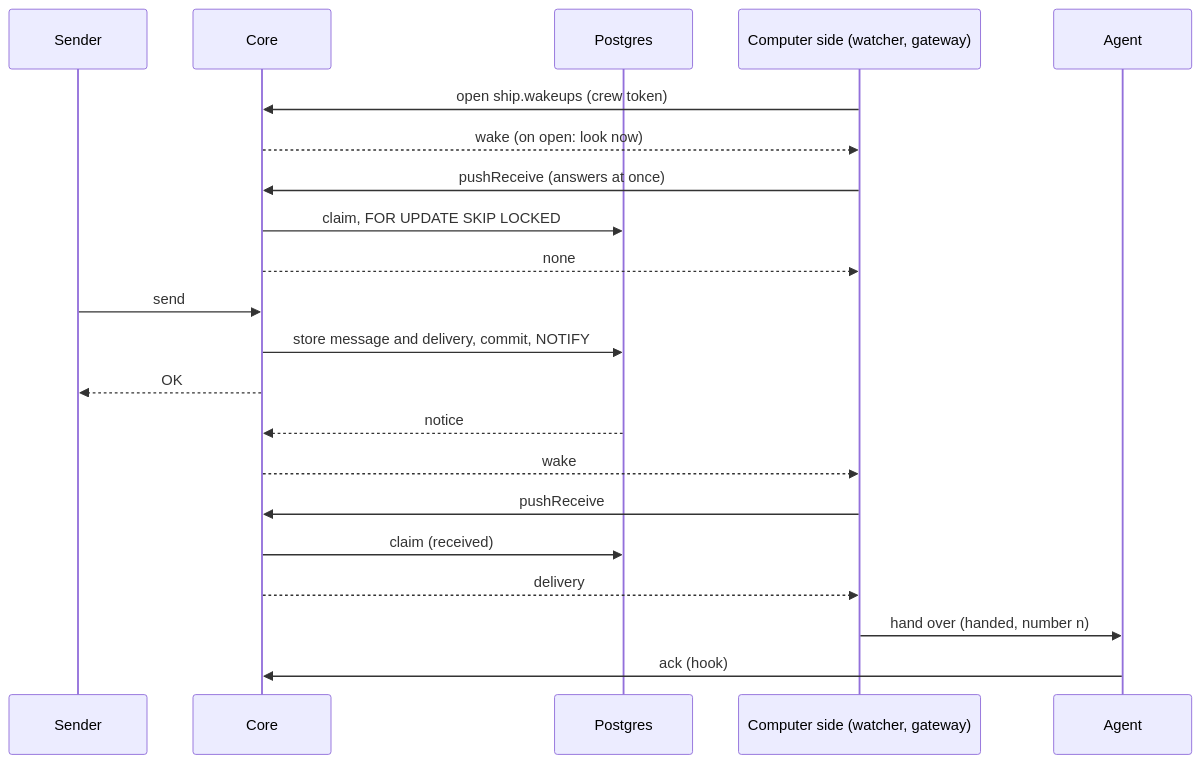
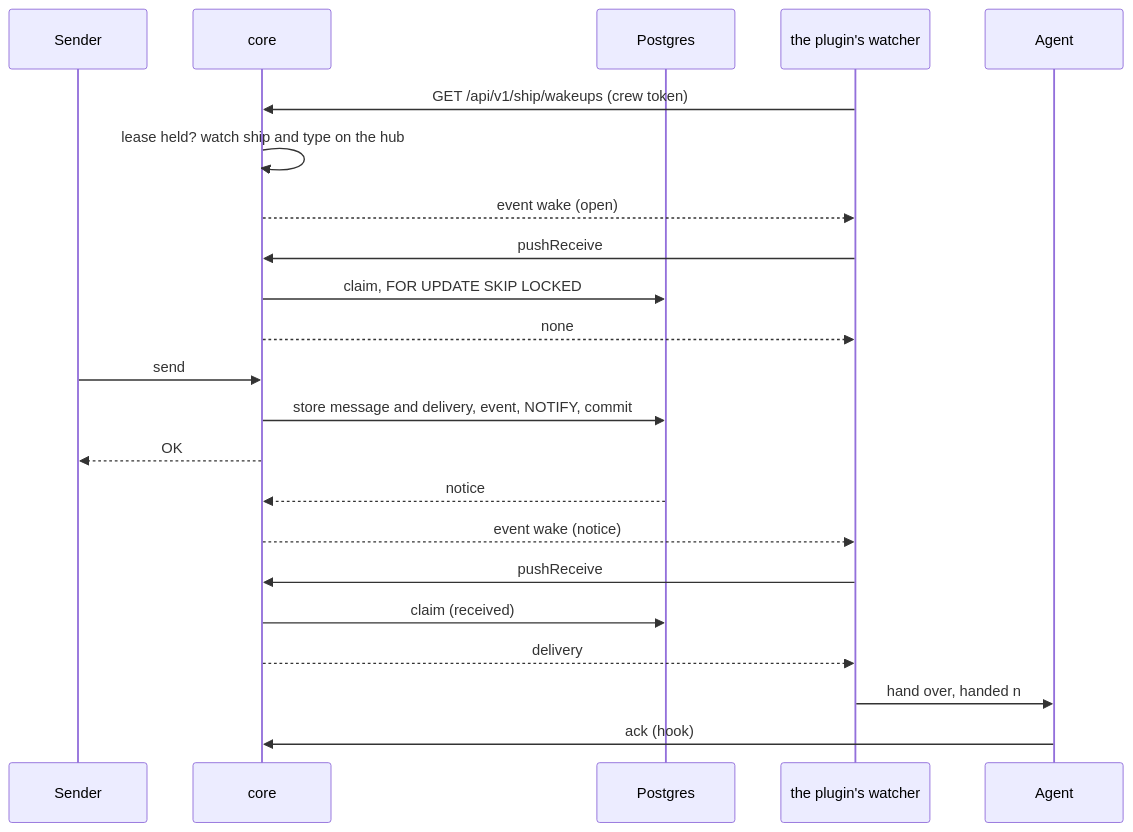
One commit to ThomasHendrickx/aeolus-fleet changed the third of 5 diagrams in docs/design/long-poll/README.md. Above: the diagram before and after it, drawn with Mermaid. The commit also changed other lines of this file, not shown here.

First line of the commit message:
Design note: the wake stream's whole flow, unhappy paths and slices (#1524)

````diff
--- a/docs/design/long-poll/README.md
+++ b/docs/design/long-poll/README.md
@@ -123,24 +167,25 @@
 ```mermaid
 sequenceDiagram
     participant S as Sender
-    participant C as Core
+    participant C as core
     participant P as Postgres
-    participant W as Computer side (watcher, gateway)
+    participant W as the plugin's watcher
     participant A as Agent
 
-    W->>C: open ship.wakeups (crew token)
-    C-->>W: wake (on open: look now)
-    W->>C: pushReceive (answers at once)
+    W->>C: GET /api/v1/ship/wakeups (crew token)
+    C->>C: lease held? watch ship and type on the hub
+    C-->>W: event wake (open)
+    W->>C: pushReceive
     C->>P: claim, FOR UPDATE SKIP LOCKED
     C-->>W: none
     S->>C: send
-    C->>P: store message and delivery, commit, NOTIFY
+    C->>P: store message and delivery, event, NOTIFY, commit
     C-->>S: OK
     P-->>C: notice
-    C-->>W: wake
+    C-->>W: event wake (notice)
     W->>C: pushReceive
     C->>P: claim (received)
     C-->>W: delivery
-    W->>A: hand over (handed, number n)
+    W->>A: hand over, handed n
     A->>C: ack (hook)
 ```
````
